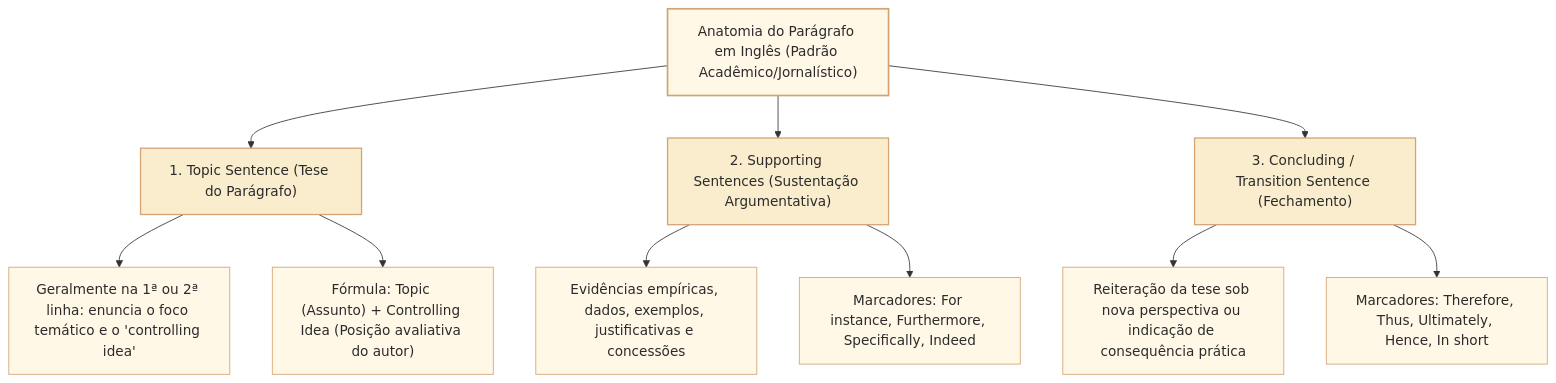
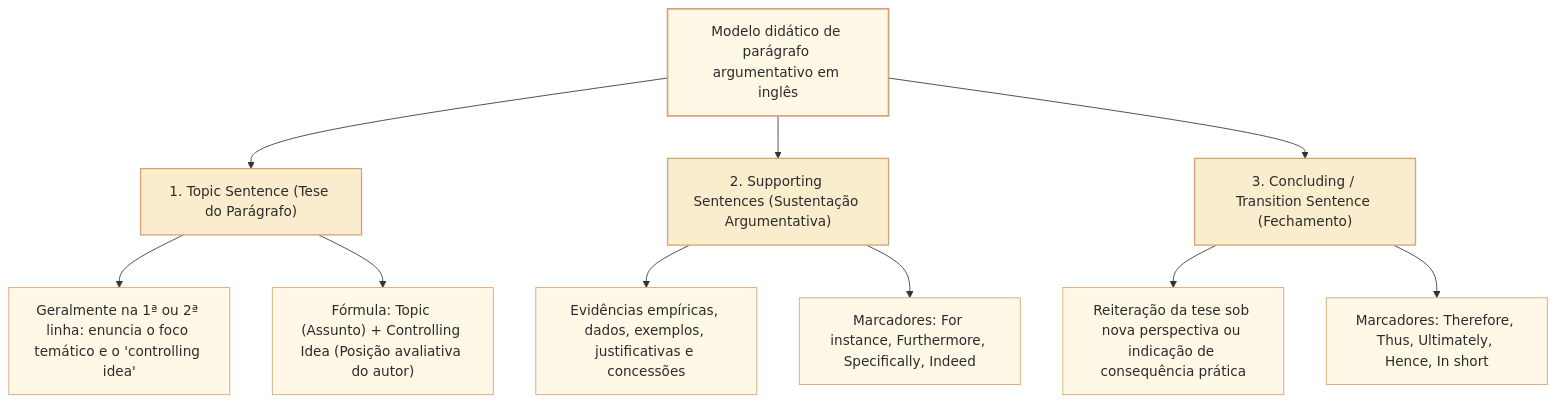
One commit to leorruas/concursos changed the first of 2 diagrams in 3 - Materias/Ingles/07 - como localizar assunto tese e proposito em textos em ingles.md. Above: the diagram before and after it, drawn with Mermaid. The commit also changed other lines of this file, not shown here.

````diff
--- a/3 - Materias/Ingles/07 - como localizar assunto tese e proposito em textos em ingles.md
+++ b/3 - Materias/Ingles/07 - como localizar assunto tese e proposito em textos em ingles.md
@@ -38,23 +38,23 @@
 ```mermaid
 flowchart TD
-    A["Anatomia do Parágrafo em Inglês (Padrão Acadêmico/Jornalístico)"] --> B["1. Topic Sentence (Tese do Parágrafo)"]
+    A["Modelo didático de parágrafo argumentativo em inglês"] --> B["1. Topic Sentence (Tese do Parágrafo)"]
     A --> C["2. Supporting Sentences (Sustentação Argumentativa)"]
     A --> D["3. Concluding / Transition Sentence (Fechamento)"]
     
     B --> B1["Geralmente na 1ª ou 2ª linha: enuncia o foco temático e o 'controlling idea'"]
     B --> B2["Fórmula: Topic (Assunto) + Controlling Idea (Posição avaliativa do autor)"]
     
     C --> C1["Evidências empíricas, dados, exemplos, justificativas e concessões"]
     C --> C2["Marcadores: For instance, Furthermore, Specifically, Indeed"]
     
     D --> D1["Reiteração da tese sob nova perspectiva ou indicação de consequência prática"]
     D --> D2["Marcadores: Therefore, Thus, Ultimately, Hence, In short"]
 
     classDef raiz fill:#fff8e7,stroke:#d4a373,color:#2b2b2b,stroke-width:2px;
     classDef ramo fill:#faedcd,stroke:#d4a373,color:#2b2b2b,stroke-width:1.5px;
     classDef folha fill:#fff8e7,stroke:#d4a373,color:#2b2b2b,stroke-width:1px;
 
     class A raiz;
     class B,C,D ramo;
     class B1,B2,C1,C2,D1,D2 folha;
 ```
````
